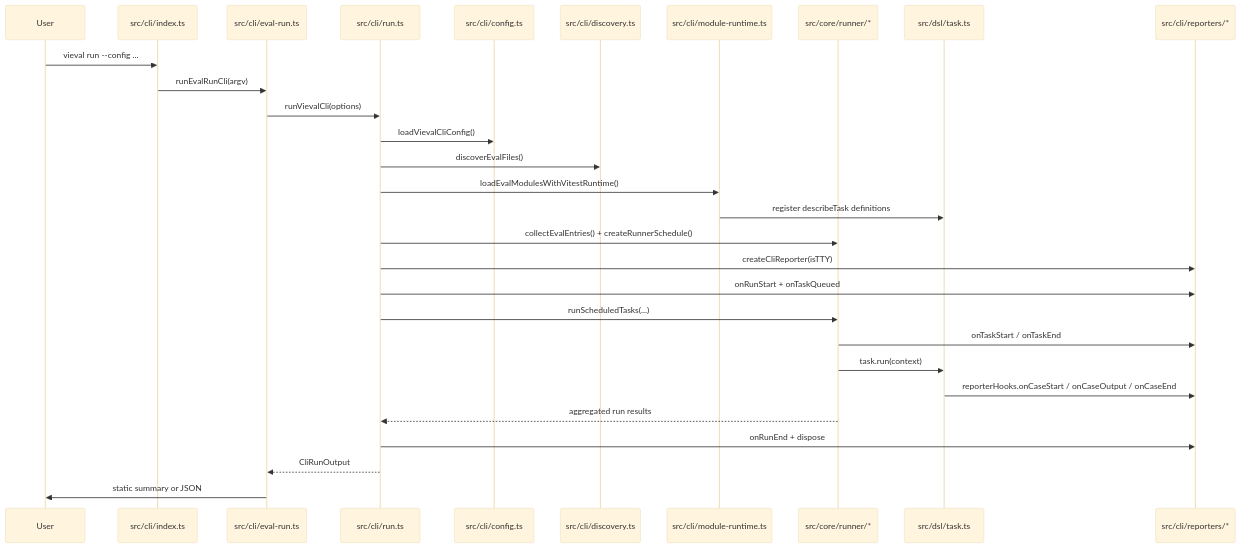
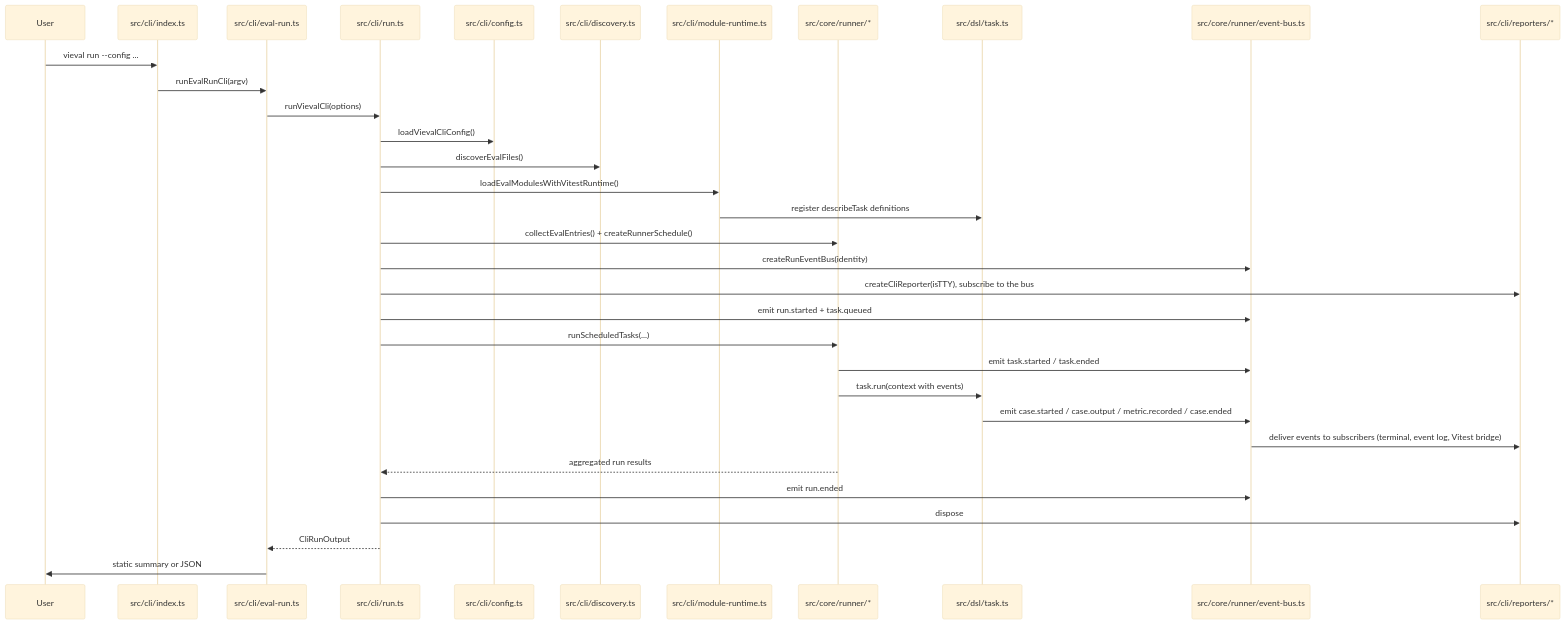
The second of 2 diagrams in packages/vieval/README.md (vieval-dev/vieval), drawn with Mermaid (base theme) before and after one commit. The commit also changed other lines of this file and 24 other files, not shown here.

Commit message:
feat(vieval): emit run events through a typed event bus (#8)

````diff
--- a/packages/vieval/README.md
+++ b/packages/vieval/README.md
@@ -367,32 +368,36 @@
 ```mermaid
 sequenceDiagram
   participant U as User
   participant C as src/cli/index.ts
   participant E as src/cli/eval-run.ts
   participant R as src/cli/run.ts
   participant L as src/cli/config.ts
   participant D as src/cli/discovery.ts
   participant M as src/cli/module-runtime.ts
   participant S as src/core/runner/*
   participant T as src/dsl/task.ts
+  participant B as src/core/runner/event-bus.ts
   participant P as src/cli/reporters/*
 
   U->>C: vieval run --config ...
   C->>E: runEvalRunCli(argv)
   E->>R: runVievalCli(options)
   R->>L: loadVievalCliConfig()
   R->>D: discoverEvalFiles()
   R->>M: loadEvalModulesWithVitestRuntime()
   M->>T: register describeTask definitions
   R->>S: collectEvalEntries() + createRunnerSchedule()
-  R->>P: createCliReporter(isTTY)
-  R->>P: onRunStart + onTaskQueued
+  R->>B: createRunEventBus(identity)
+  R->>P: createCliReporter(isTTY), subscribe to the bus
+  R->>B: emit run.started + task.queued
   R->>S: runScheduledTasks(...)
-  S->>P: onTaskStart / onTaskEnd
-  S->>T: task.run(context)
-  T->>P: reporterHooks.onCaseStart / onCaseOutput / onCaseEnd
+  S->>B: emit task.started / task.ended
+  S->>T: task.run(context with events)
+  T->>B: emit case.started / case.output / metric.recorded / case.ended
+  B->>P: deliver events to subscribers (terminal, event log, Vitest bridge)
   S-->>R: aggregated run results
-  R->>P: onRunEnd + dispose
+  R->>B: emit run.ended
+  R->>P: dispose
   R-->>E: CliRunOutput
   E->>U: static summary or JSON
 ```
````
